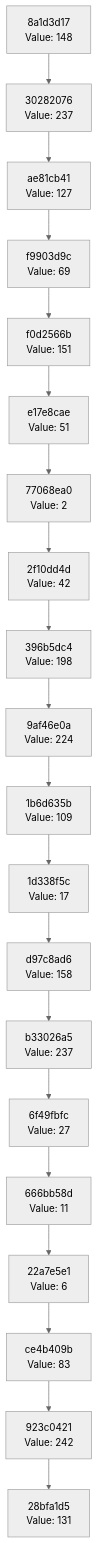
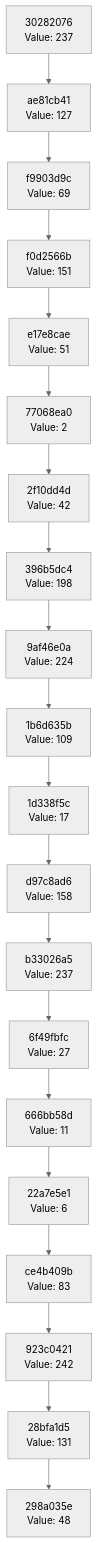
Before and after one commit to Abhisheksinha1506/hash-chain-evolver: the diagram in docs/CHAIN_VISUALIZATION.md, drawn with Mermaid (neutral theme). The commit also changed 3 other files, not shown here.

````diff
--- a/docs/CHAIN_VISUALIZATION.md
+++ b/docs/CHAIN_VISUALIZATION.md
@@ -3,42 +3,42 @@
 ```mermaid
 graph TD
-    C0["28bfa1d5<br/>Value: 131"]
-    C1["923c0421<br/>Value: 242"]
+    C0["298a035e<br/>Value: 48"]
+    C1["28bfa1d5<br/>Value: 131"]
     C1 --> C0
-    C2["ce4b409b<br/>Value: 83"]
+    C2["923c0421<br/>Value: 242"]
     C2 --> C1
-    C3["22a7e5e1<br/>Value: 6"]
+    C3["ce4b409b<br/>Value: 83"]
     C3 --> C2
-    C4["666bb58d<br/>Value: 11"]
+    C4["22a7e5e1<br/>Value: 6"]
     C4 --> C3
-    C5["6f49fbfc<br/>Value: 27"]
+    C5["666bb58d<br/>Value: 11"]
     C5 --> C4
-    C6["b33026a5<br/>Value: 237"]
+    C6["6f49fbfc<br/>Value: 27"]
     C6 --> C5
-    C7["d97c8ad6<br/>Value: 158"]
+    C7["b33026a5<br/>Value: 237"]
     C7 --> C6
-    C8["1d338f5c<br/>Value: 17"]
+    C8["d97c8ad6<br/>Value: 158"]
     C8 --> C7
-    C9["1b6d635b<br/>Value: 109"]
+    C9["1d338f5c<br/>Value: 17"]
     C9 --> C8
-    C10["9af46e0a<br/>Value: 224"]
+    C10["1b6d635b<br/>Value: 109"]
     C10 --> C9
-    C11["396b5dc4<br/>Value: 198"]
+    C11["9af46e0a<br/>Value: 224"]
     C11 --> C10
-    C12["2f10dd4d<br/>Value: 42"]
+    C12["396b5dc4<br/>Value: 198"]
     C12 --> C11
-    C13["77068ea0<br/>Value: 2"]
+    C13["2f10dd4d<br/>Value: 42"]
     C13 --> C12
-    C14["e17e8cae<br/>Value: 51"]
+    C14["77068ea0<br/>Value: 2"]
     C14 --> C13
-    C15["f0d2566b<br/>Value: 151"]
+    C15["e17e8cae<br/>Value: 51"]
     C15 --> C14
-    C16["f9903d9c<br/>Value: 69"]
+    C16["f0d2566b<br/>Value: 151"]
     C16 --> C15
-    C17["ae81cb41<br/>Value: 127"]
+    C17["f9903d9c<br/>Value: 69"]
     C17 --> C16
-    C18["30282076<br/>Value: 237"]
+    C18["ae81cb41<br/>Value: 127"]
     C18 --> C17
-    C19["8a1d3d17<br/>Value: 148"]
+    C19["30282076<br/>Value: 237"]
     C19 --> C18
 ```
````
